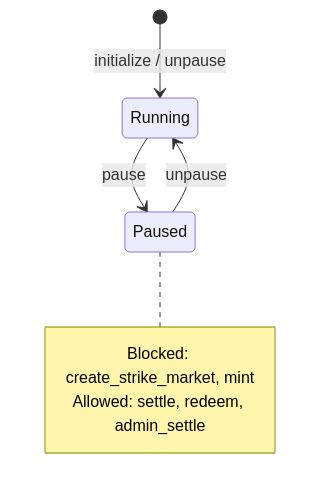
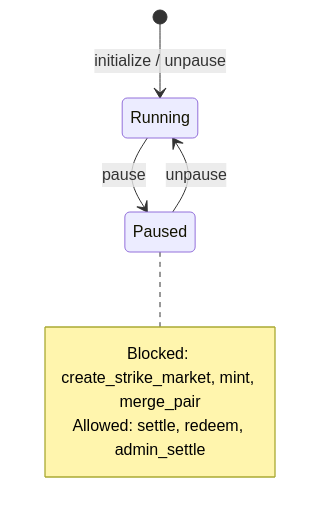
The tenth of 11 diagrams in docs/flows.md (debudash/meridian-binMAG7-predictionmkt), drawn with Mermaid before and after one commit. The commit also changed other lines of this file and 6 other files, not shown here.

First line of the commit message:
docs(schema): D-018 merge_pair for Sell No + Settling retire + admin Policy A

````diff
--- a/docs/flows.md
+++ b/docs/flows.md
@@ -201,11 +274,11 @@
 ```mermaid
 stateDiagram-v2
     [*] --> Running: initialize / unpause
     Running --> Paused: pause
     Paused --> Running: unpause
 
     note right of Paused
-      Blocked: create_strike_market, mint
+      Blocked: create_strike_market, mint, merge_pair
       Allowed: settle, redeem, admin_settle
     end note
 ```
````
